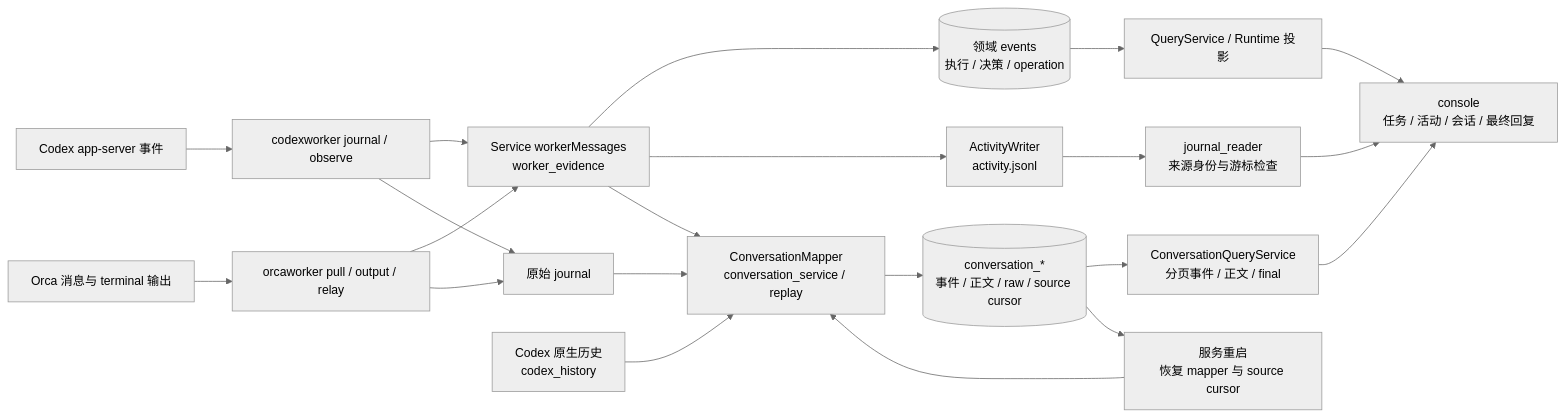
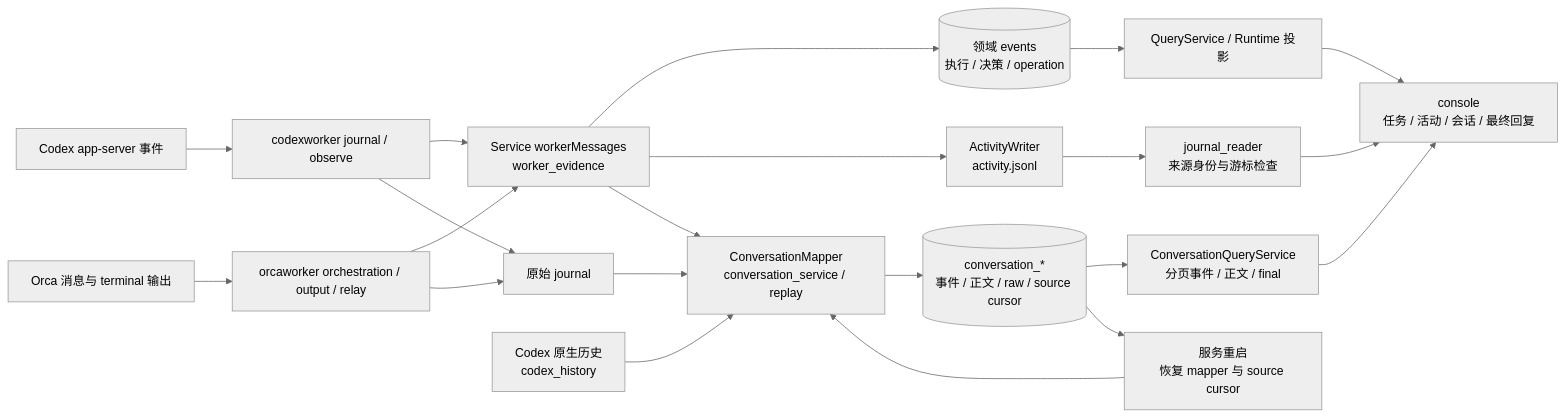
Before and after one commit to erranliu/SteerLine: the seventh of 7 diagrams in docs/architecture/current-code-architecture.md, drawn with Mermaid (neutral theme). The commit also changed other lines of this file and 36 other files, not shown here.

````diff
--- a/docs/architecture/current-code-architecture.md
+++ b/docs/architecture/current-code-architecture.md
@@ -337,23 +337,23 @@
 ```mermaid
 flowchart LR
     Codex["Codex app-server 事件"] --> Worker["codexworker journal / observe"]
-    Orca["Orca 消息与 terminal 输出"] --> OW["orcaworker pull / output / relay"]
+    Orca["Orca 消息与 terminal 输出"] --> OW["orcaworker orchestration / output / relay"]
     Worker --> Service["Service workerMessages<br/>worker_evidence"]
     OW --> Service
     Service --> Domain[("领域 events<br/>执行 / 决策 / operation")]
     Service --> Activity["ActivityWriter<br/>activity.jsonl"]
     Worker --> Raw["原始 journal"]
     OW --> Raw
     History["Codex 原生历史<br/>codex_history"] --> Mapper["ConversationMapper<br/>conversation_service / replay"]
     Raw --> Mapper
     Service --> Mapper
     Mapper --> Conversation[("conversation_*<br/>事件 / 正文 / raw / source cursor")]
     Domain --> View["QueryService / Runtime 投影"]
     Conversation --> CQ["ConversationQueryService<br/>分页事件 / 正文 / final"]
     Activity --> JR["journal_reader<br/>来源身份与游标检查"]
     View --> TUI["console<br/>任务 / 活动 / 会话 / 最终回复"]
     CQ --> TUI
     JR --> TUI
     Conversation --> Replay["服务重启<br/>恢复 mapper 与 source cursor"]
     Replay --> Mapper
 ```
````
